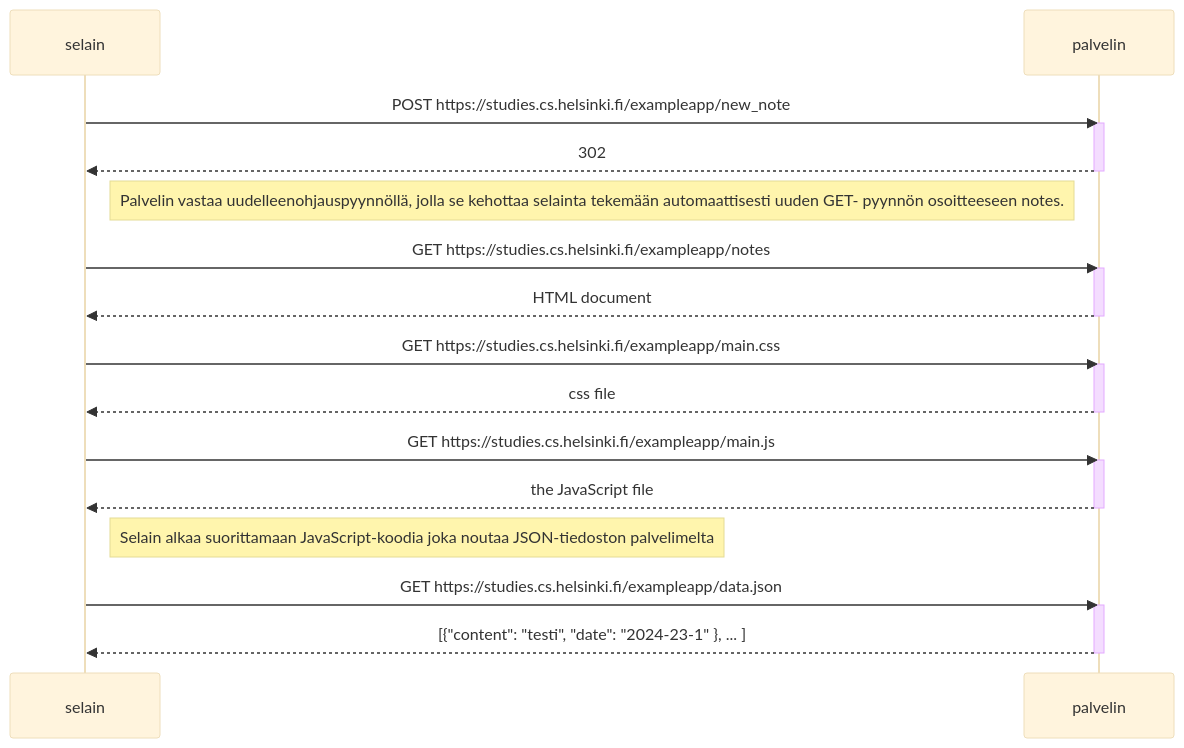
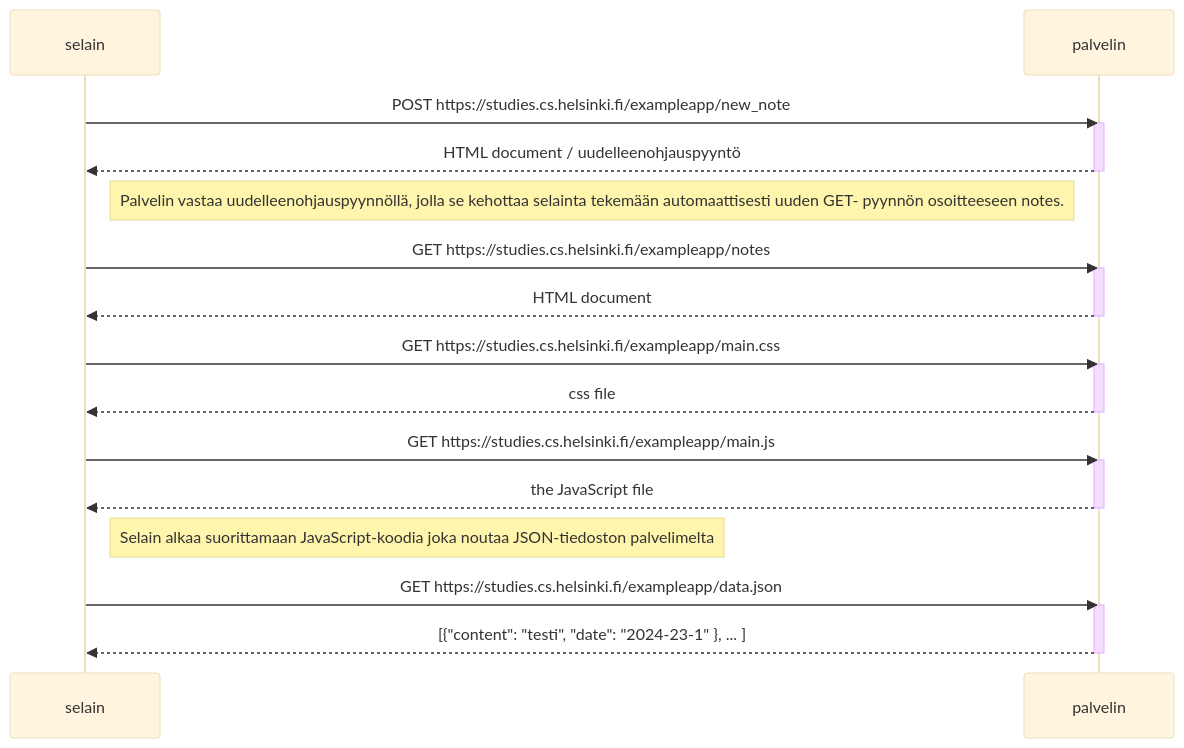
The diagram in osa0/new_note.md (inkaurhak/fullstack), drawn with Mermaid (base theme) before and after one commit. The commit also changed 2 other files, not shown here.

Commit message:
korjauksia tehtäviin

````diff
--- a/osa0/new_note.md
+++ b/osa0/new_note.md
@@ -1,34 +1,34 @@
 ```mermaid
     sequenceDiagram
     participant selain
     participant palvelin
 
     selain->>palvelin: POST https://studies.cs.helsinki.fi/exampleapp/new_note
     activate palvelin
-    palvelin-->>selain: 302
+    palvelin-->>selain: HTML document / uudelleenohjauspyyntö
     deactivate palvelin
 
     note left of palvelin: Palvelin vastaa uudelleenohjauspyynnöllä, jolla se kehottaa selainta tekemään automaattisesti uuden GET- pyynnön osoitteeseen notes.
 
     selain->>palvelin: GET https://studies.cs.helsinki.fi/exampleapp/notes
     activate palvelin
     palvelin-->>selain: HTML document
     deactivate palvelin
 
     selain->>palvelin: GET https://studies.cs.helsinki.fi/exampleapp/main.css
     activate palvelin
     palvelin-->>selain: css file
     deactivate palvelin
 
     selain->>palvelin: GET https://studies.cs.helsinki.fi/exampleapp/main.js
     activate palvelin
     palvelin-->>selain: the JavaScript file
     deactivate palvelin
 
     note right of selain: Selain alkaa suorittamaan JavaScript-koodia joka noutaa JSON-tiedoston palvelimelta
 
     selain->>palvelin: GET https://studies.cs.helsinki.fi/exampleapp/data.json
     activate palvelin
     palvelin-->>selain: [{"content": "testi", "date": "2024-23-1" }, ... ]
     deactivate palvelin 
 ```
````
